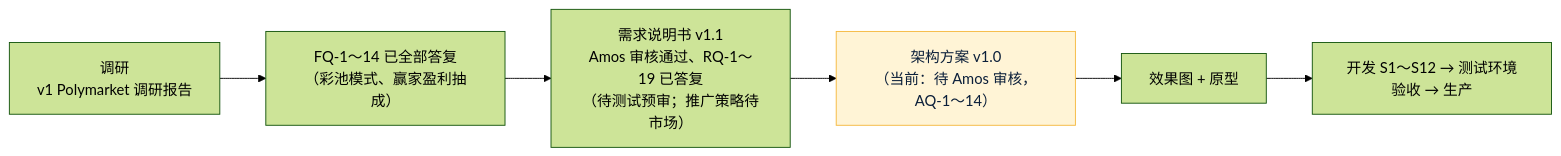
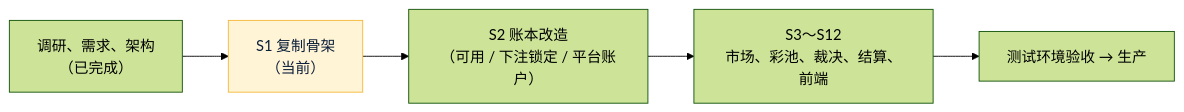
The diagram in 项目地图.md (dollar3651314/forecast), drawn with Mermaid (forest theme) before and after one commit. The commit also changed other lines of this file and 6 other files, not shown here.

First line of the commit message:
S1 复制骨架：项目地图 v0.7、项目索引 v0.7、开发记录

````diff
--- a/项目地图.md
+++ b/项目地图.md
@@ -10,5 +11,5 @@
 ```mermaid
 flowchart LR
-    R["调研<br/>v1 Polymarket 调研报告"] --> Q["FQ-1～14 已全部答复<br/>（彩池模式、赢家盈利抽成）"] --> D["需求说明书 v1.1<br/>Amos 审核通过、RQ-1～19 已答复<br/>（待测试预审；推广策略待市场）"] --> A["架构方案 v1.0<br/>（当前：待 Amos 审核，AQ-1～14）"]:::now --> P["效果图 + 原型"] --> DEV["开发 S1～S12 → 测试环境验收 → 生产"]
+    R["调研、需求、架构<br/>（已完成）"] --> S1["S1 复制骨架<br/>（当前）"]:::now --> S2["S2 账本改造<br/>（可用 / 下注锁定 / 平台账户）"] --> S3["S3～S12<br/>市场、彩池、裁决、结算、前端"] --> T["测试环境验收 → 生产"]
     classDef now fill:#FFF4D6,stroke:#F5B83D,color:#0B1F3A
 ```
````
